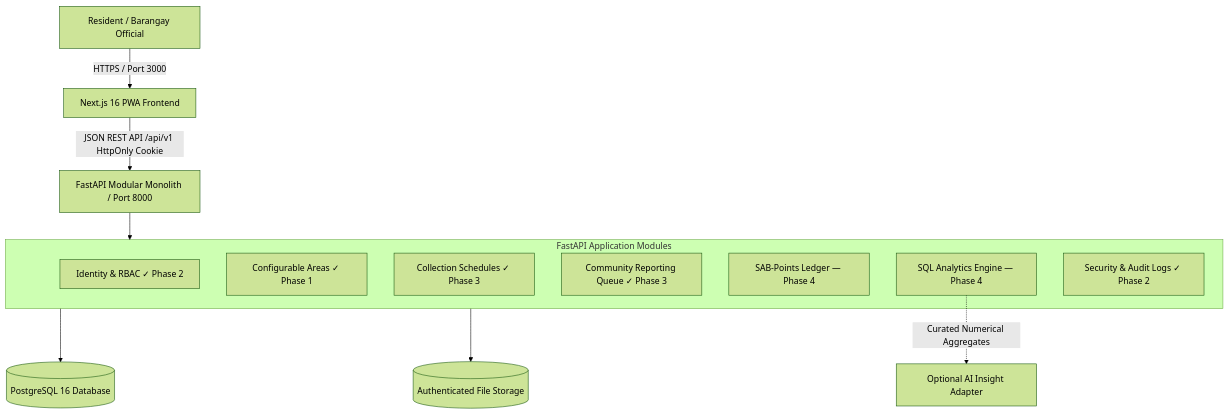
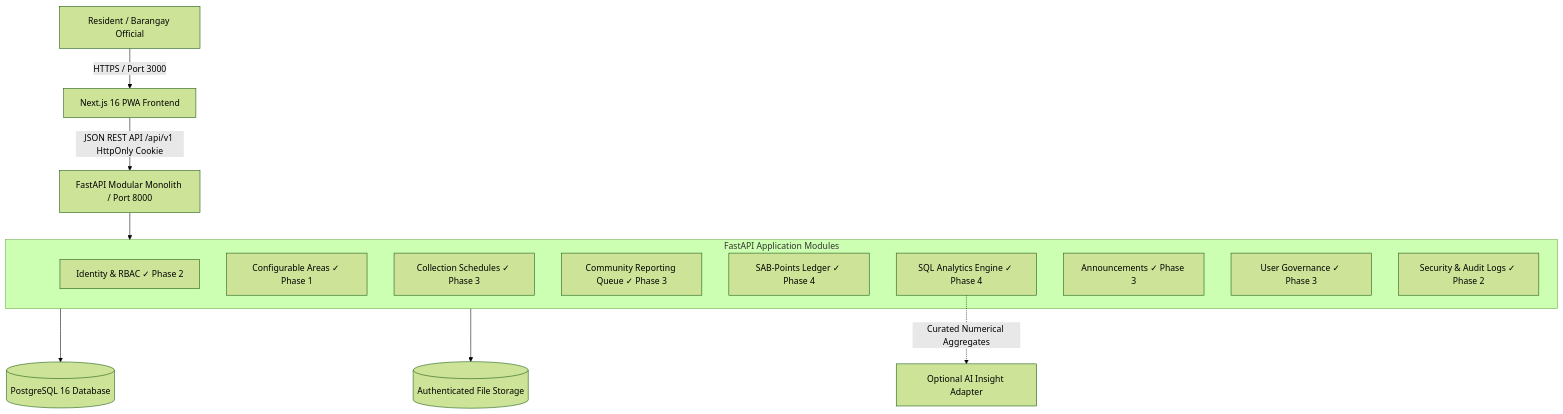
The first of 3 diagrams in docs/ARCHITECTURE.md (perezjazztin/SABTRACK-3.0), drawn with Mermaid (forest theme) before and after one commit.

Commit message:
docs(architecture): mark all modules complete in diagram

````diff
--- a/docs/ARCHITECTURE.md
+++ b/docs/ARCHITECTURE.md
@@ -14,20 +14,22 @@
 ```mermaid
 flowchart TB
     User[Resident / Barangay Official] -->|HTTPS / Port 3000| Web[Next.js 16 PWA Frontend]
     Web -->|JSON REST API /api/v1 HttpOnly Cookie| API[FastAPI Modular Monolith / Port 8000]
     
     subgraph Core_Backend[FastAPI Application Modules]
         Auth[Identity & RBAC ✓ Phase 2]
         Areas[Configurable Areas ✓ Phase 1]
         Schedules[Collection Schedules ✓ Phase 3]
         Reports[Community Reporting Queue ✓ Phase 3]
-        Points[SAB-Points Ledger — Phase 4]
-        Analytics[SQL Analytics Engine — Phase 4]
+        Points[SAB-Points Ledger ✓ Phase 4]
+        Analytics[SQL Analytics Engine ✓ Phase 4]
+        Announcements[Announcements ✓ Phase 3]
+        UserGov[User Governance ✓ Phase 3]
         Audit[Security & Audit Logs ✓ Phase 2]
     end
 
     API --> Core_Backend
     Core_Backend --> DB[(PostgreSQL 16 Database)]
     Core_Backend --> Storage[(Authenticated File Storage)]
     Analytics -. Curated Numerical Aggregates .-> AI[Optional AI Insight Adapter]
 ```
````
